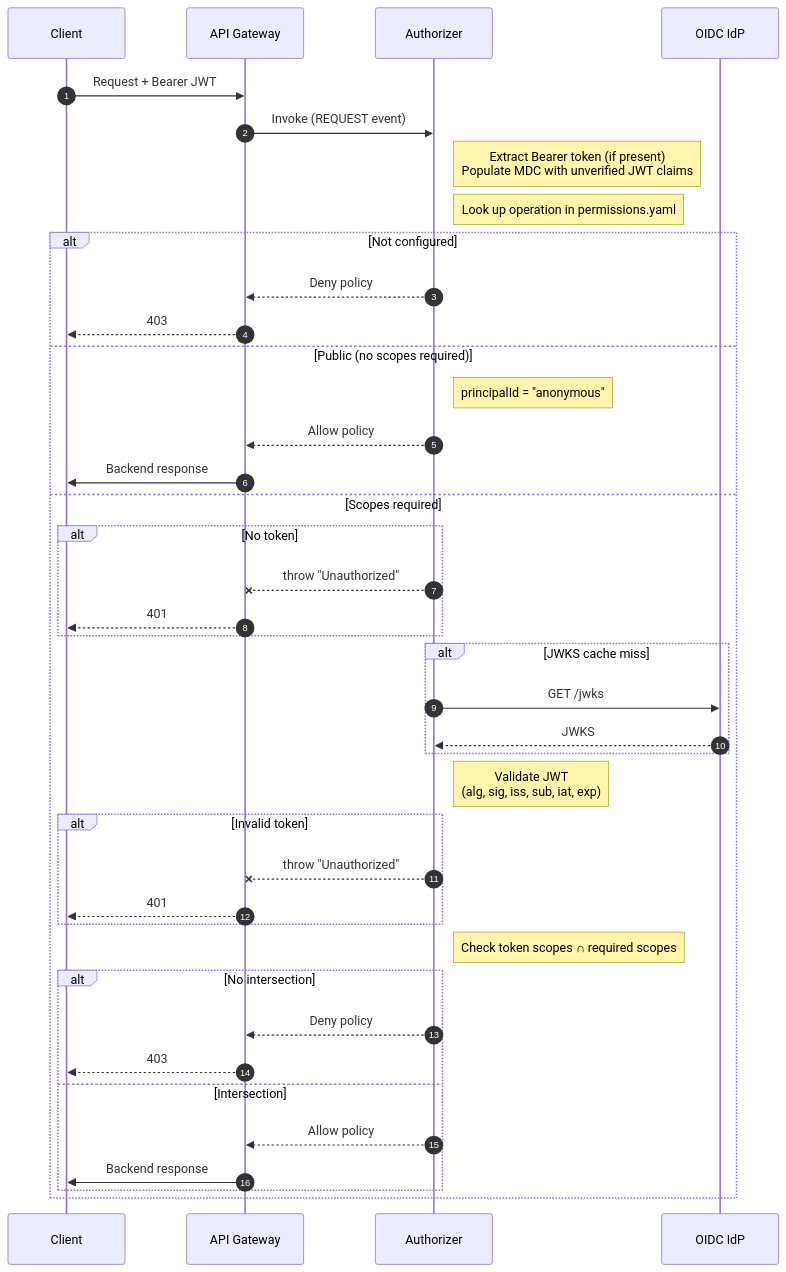
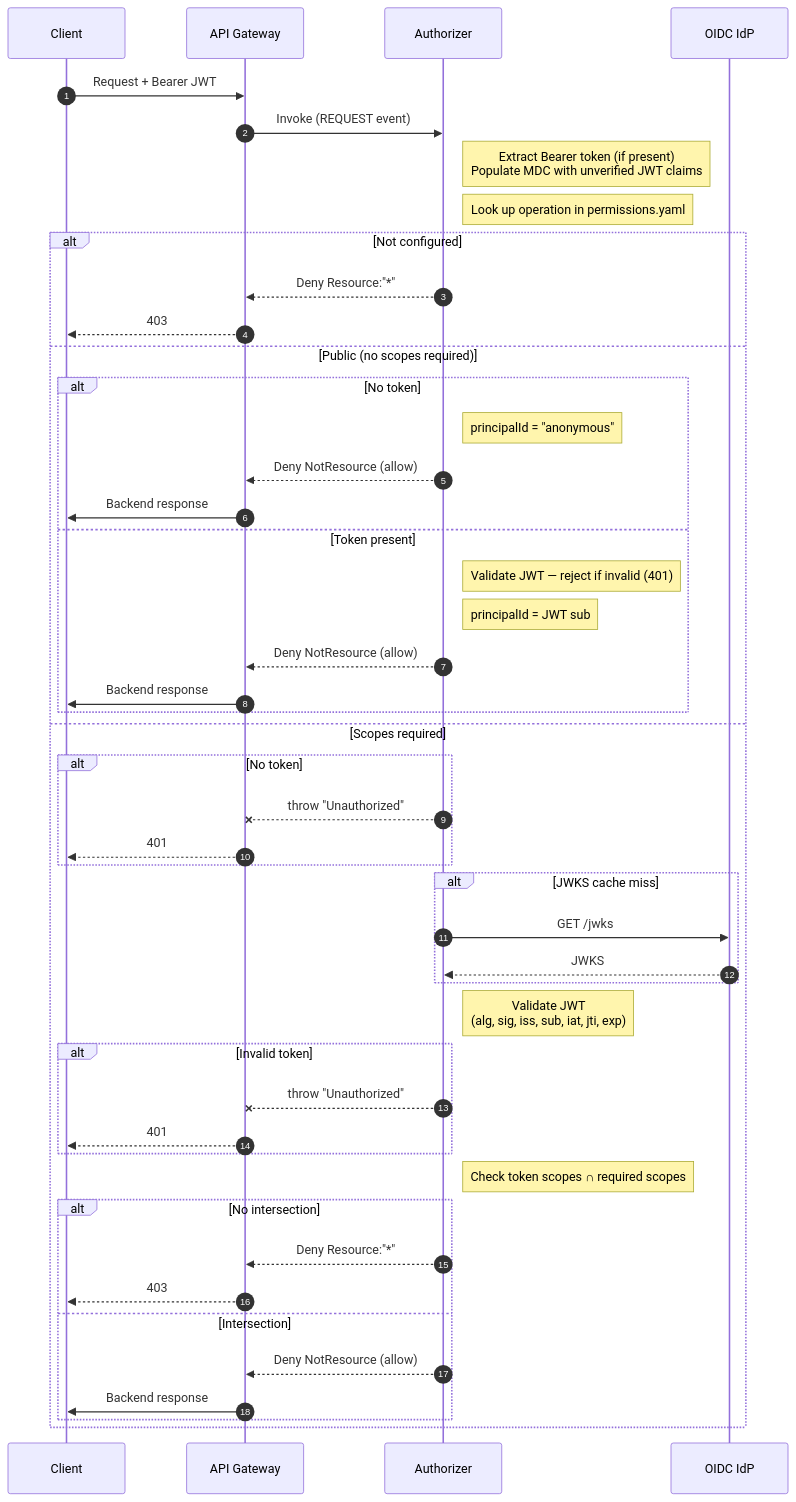
One commit to adamdezsi89/secret-lambda changed the diagram in README.md. Above: the diagram before and after it, drawn with Mermaid. The commit also changed other lines of this file and 7 other files, not shown here.

````diff
--- a/README.md
+++ b/README.md
@@ -59,51 +65,59 @@
 ```mermaid
 sequenceDiagram
   autonumber
   participant C as Client
   participant AG as API Gateway
   participant LA as Authorizer
   participant IdP as OIDC IdP
 
   C->>AG: Request + Bearer JWT
   AG->>LA: Invoke (REQUEST event)
 
   note right of LA: Extract Bearer token (if present)<br/>Populate MDC with unverified JWT claims
   note right of LA: Look up operation in permissions.yaml
 
   alt Not configured
-    LA-->>AG: Deny policy
+    LA-->>AG: Deny Resource:"*"
     AG-->>C: 403
   else Public (no scopes required)
-    note right of LA: principalId = "anonymous"
-    LA-->>AG: Allow policy
-    AG->>C: Backend response
+
+    alt No token
+      note right of LA: principalId = "anonymous"
+      LA-->>AG: Deny NotResource (allow)
+      AG->>C: Backend response
+    else Token present
+      note right of LA: Validate JWT — reject if invalid (401)
+      note right of LA: principalId = JWT sub
+      LA-->>AG: Deny NotResource (allow)
+      AG->>C: Backend response
+    end
   else Scopes required
 
     alt No token
       LA--xAG: throw "Unauthorized"
       AG-->>C: 401
     end
 
     alt JWKS cache miss
       LA->>IdP: GET /jwks
       IdP-->>LA: JWKS
     end
 
-    note right of LA: Validate JWT<br/>(alg, sig, iss, sub, iat, exp)
+    note right of LA: Validate JWT<br/>(alg, sig, iss, sub, iat, jti, exp)
 
     alt Invalid token
       LA--xAG: throw "Unauthorized"
       AG-->>C: 401
     end
 
     note right of LA: Check token scopes ∩ required scopes
 
     alt No intersection
-      LA-->>AG: Deny policy
+      LA-->>AG: Deny Resource:"*"
       AG-->>C: 403
     else Intersection
-      LA-->>AG: Allow policy
+      LA-->>AG: Deny NotResource (allow)
       AG->>C: Backend response
     end
   end
 ```
````
